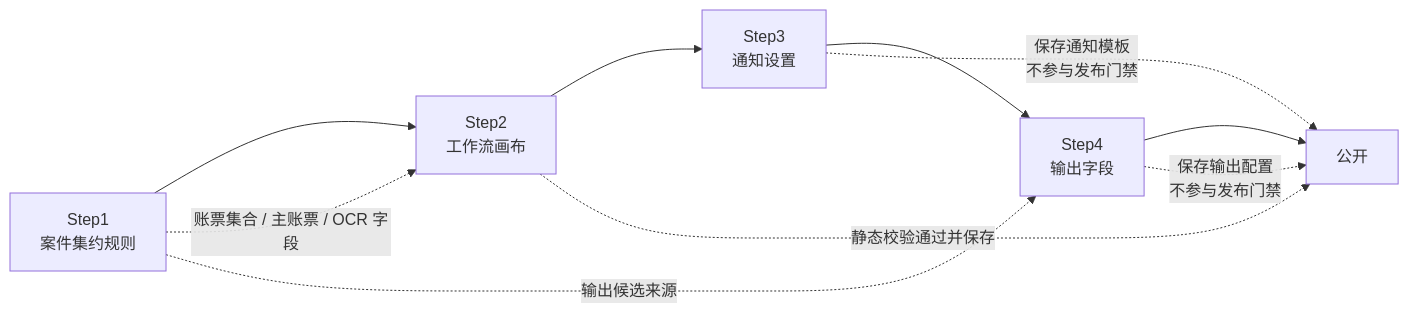
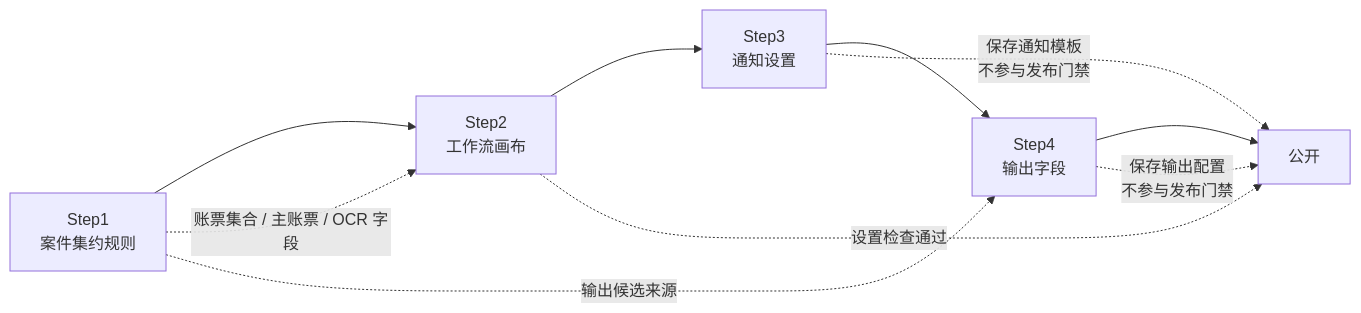
One commit to aruirage/IDP-workflow changed the third of 3 diagrams in prototypes/kisoku-nintei/PRD.zh-CN.md. Above: the diagram before and after it, drawn with Mermaid. The commit also changed other lines of this file and 3 other files, not shown here.

````diff
--- a/prototypes/kisoku-nintei/PRD.zh-CN.md
+++ b/prototypes/kisoku-nintei/PRD.zh-CN.md
@@ -261,12 +261,12 @@
 ```mermaid
 flowchart LR
   step1["Step1\n案件集约规则"] --> step2["Step2\n工作流画布"]
   step2 --> step3["Step3\n通知设置"]
   step3 --> step4["Step4\n输出字段"]
   step4 --> publish["公开"]
   step1 -. "账票集合 / 主账票 / OCR 字段" .-> step2
   step1 -. "输出候选来源" .-> step4
-  step2 -. "静态校验通过并保存" .-> publish
+  step2 -. "设置检查通过" .-> publish
   step3 -. "保存通知模板\n不参与发布门禁" .-> publish
   step4 -. "保存输出配置\n不参与发布门禁" .-> publish
 ```
````
